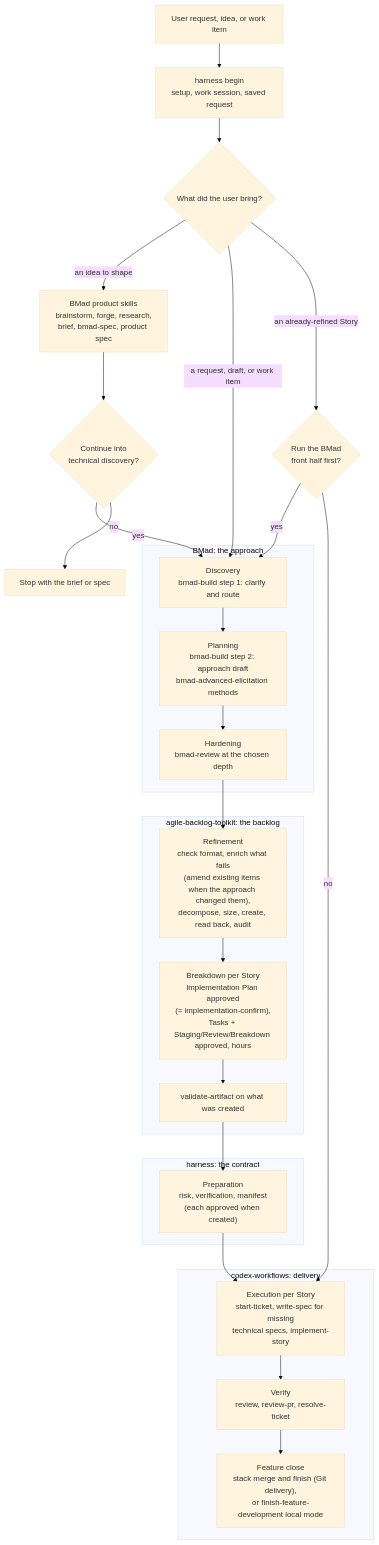
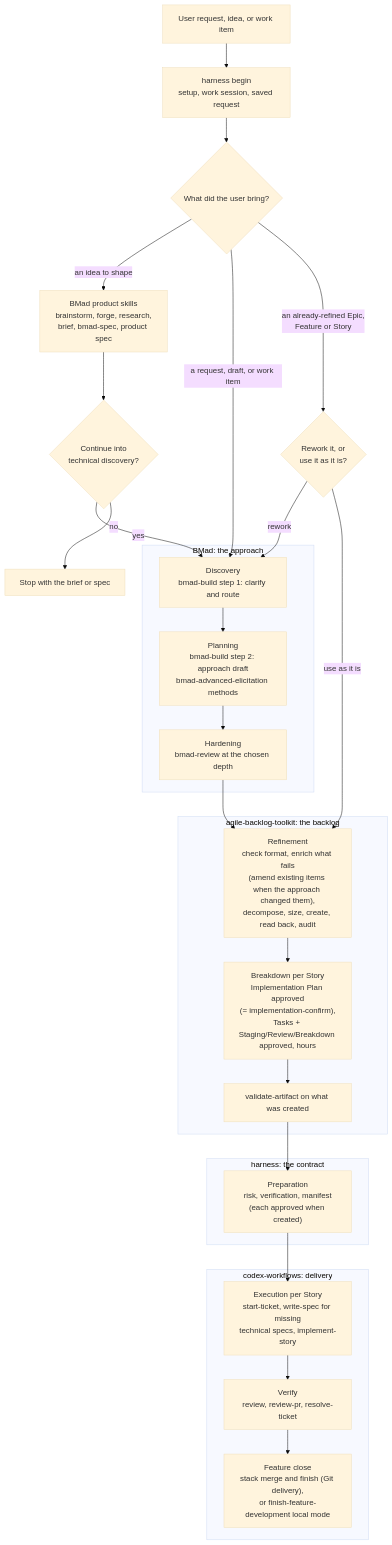
Before and after one commit to Monolith-INC/monolithic-dev-harness: the third of 11 diagrams in AI_Codex/Specs/2026-10-15-workflow-alignment.md, drawn with Mermaid (base theme). The commit also changed other lines of this file and 9 other files, not shown here.

````diff
--- a/AI_Codex/Specs/2026-10-15-workflow-alignment.md
+++ b/AI_Codex/Specs/2026-10-15-workflow-alignment.md
@@ -83,34 +84,34 @@
 ```mermaid
 flowchart TD
     REQ[User request, idea, or work item] --> BEGIN["harness begin<br/>setup, work session, saved request"]
     BEGIN --> ROUTE{What did the user bring?}
     ROUTE -- "an idea to shape" --> IDEA["BMad product skills<br/>brainstorm, forge, research,<br/>brief, bmad-spec, product spec"]
     IDEA --> GO{"Continue into<br/>technical discovery?"}
     GO -- "yes" --> DISC
     GO -- "no" --> STOP["Stop with the brief or spec"]
     ROUTE -- "a request, draft, or work item" --> DISC
-    ROUTE -- "an already-refined Story" --> ASK{"Run the BMad<br/>front half first?"}
-    ASK -- "yes" --> DISC
-    ASK -- "no" --> EXE
+    ROUTE -- "an already-refined Epic,<br/>Feature or Story" --> ASK{"Rework it, or<br/>use it as it is?"}
+    ASK -- "rework" --> DISC
+    ASK -- "use as it is" --> REF
 
     subgraph BMAD["BMad: the approach"]
         DISC["Discovery<br/>bmad-build step 1: clarify and route"] --> PLAN["Planning<br/>bmad-build step 2: approach draft<br/>bmad-advanced-elicitation methods"]
         PLAN --> HARD["Hardening<br/>bmad-review at the chosen depth"]
     end
 
     subgraph ABT["agile-backlog-toolkit: the backlog"]
         HARD --> REF["Refinement<br/>check format, enrich what fails<br/>(amend existing items when the approach changed them),<br/>decompose, size, create, read back, audit"]
         REF --> BRK["Breakdown per Story<br/>Implementation Plan approved<br/>(= implementation-confirm),<br/>Tasks + Staging/Review/Breakdown approved, hours"]
         BRK --> VAL["validate-artifact on what was created"]
     end
 
     subgraph HAR["harness: the contract"]
         VAL --> PREP["Preparation<br/>risk, verification, manifest<br/>(each approved when created)"]
     end
 
     subgraph CW["codex-workflows: delivery"]
         PREP --> EXE["Execution per Story<br/>start-ticket, write-spec for missing<br/>technical specs, implement-story"]
         EXE --> VER["Verify<br/>review, review-pr, resolve-ticket"]
         VER --> FEAT["Feature close<br/>stack merge and finish (Git delivery),<br/>or finish-feature-development local mode"]
     end
 ```
````
